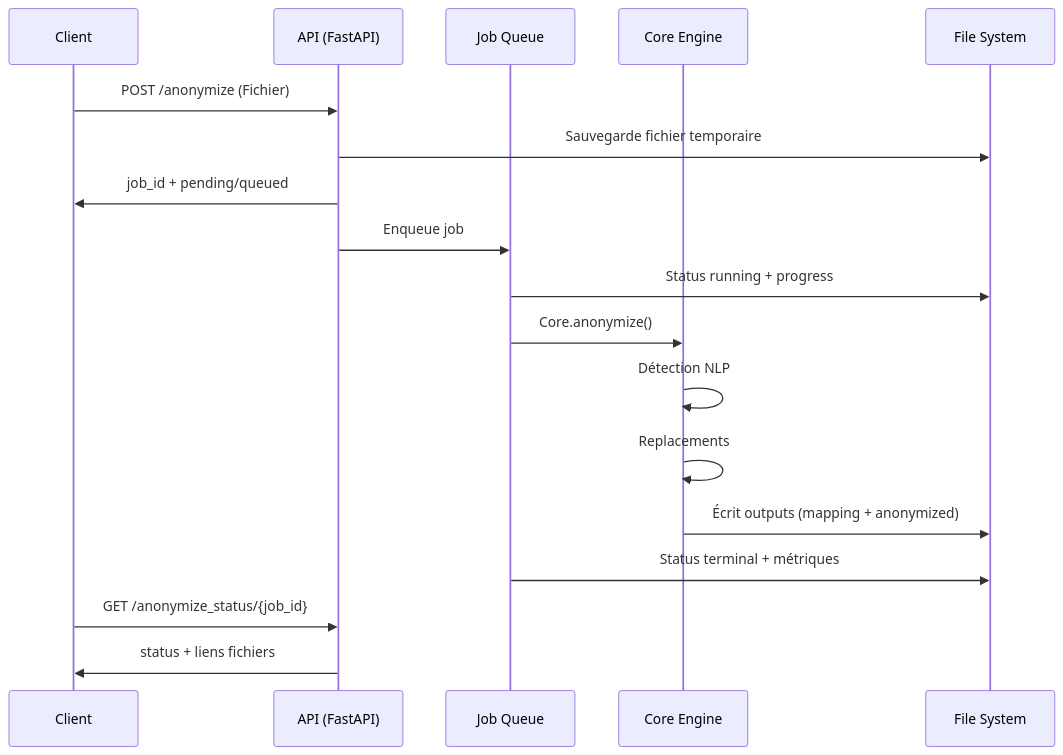
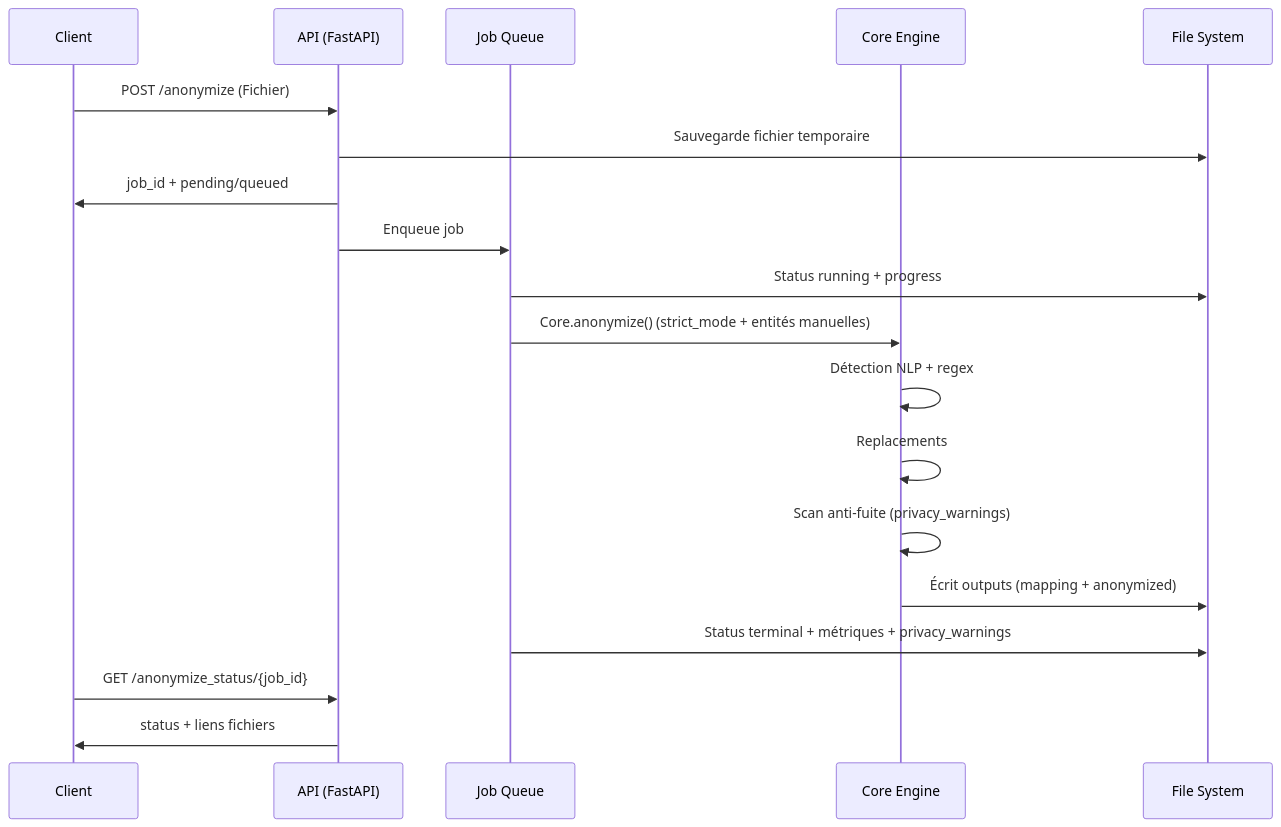
Before and after one commit to simongrossi/anonyfiles: the second of 2 diagrams in anonyfiles_architecture.md, drawn with Mermaid. The commit also changed other lines of this file and 37 other files, not shown here.

````diff
--- a/anonyfiles_architecture.md
+++ b/anonyfiles_architecture.md
@@ -138,24 +144,25 @@
 ```mermaid
 sequenceDiagram
     participant Client
     participant API as API (FastAPI)
     participant Worker as Job Queue
     participant Core as Core Engine
     participant FS as File System
 
     Client->>API: POST /anonymize (Fichier)
     API->>FS: Sauvegarde fichier temporaire
     API->>Client: job_id + pending/queued
     
     API->>Worker: Enqueue job
     Worker->>FS: Status running + progress
-    Worker->>Core: Core.anonymize()
-    Core->>Core: Détection NLP
+    Worker->>Core: Core.anonymize() (strict_mode + entités manuelles)
+    Core->>Core: Détection NLP + regex
     Core->>Core: Replacements
+    Core->>Core: Scan anti-fuite (privacy_warnings)
     Core->>FS: Écrit outputs (mapping + anonymized)
     
-    Worker->>FS: Status terminal + métriques
+    Worker->>FS: Status terminal + métriques + privacy_warnings
     
     Client->>API: GET /anonymize_status/{job_id}
     API->>Client: status + liens fichiers
 ```
````
